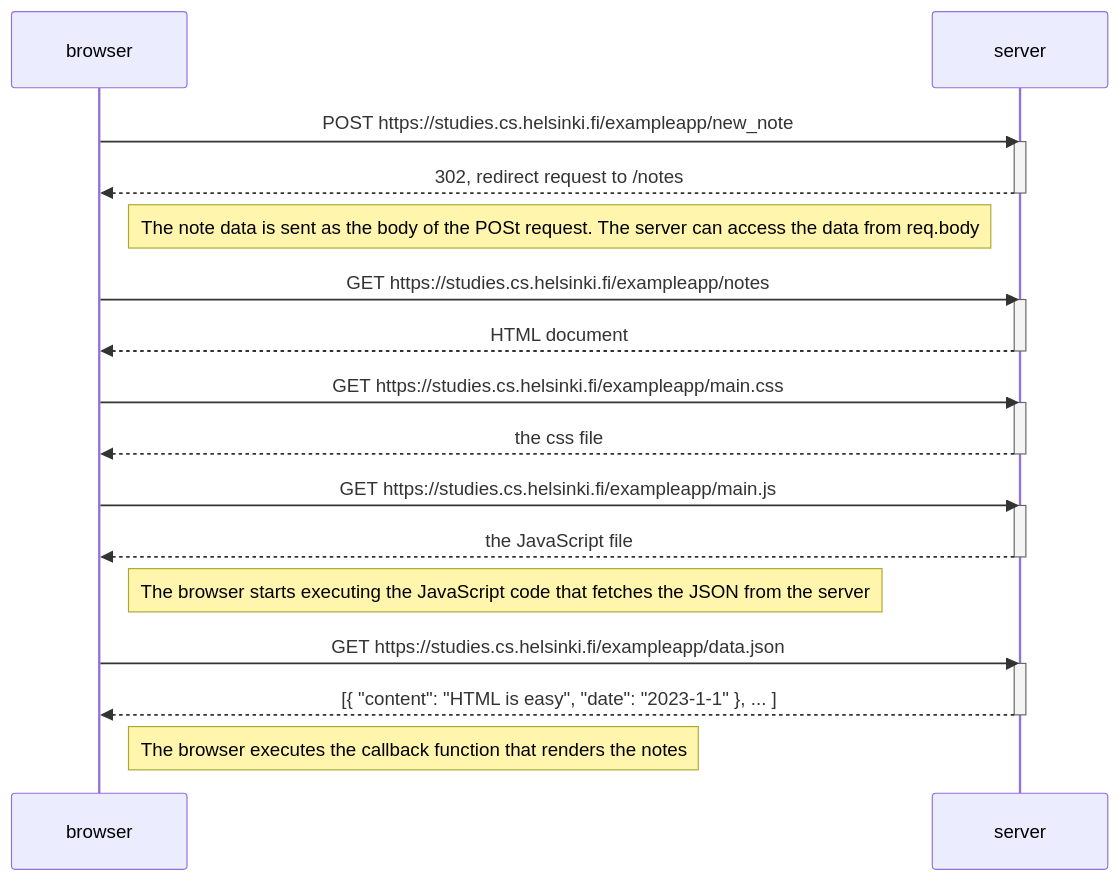
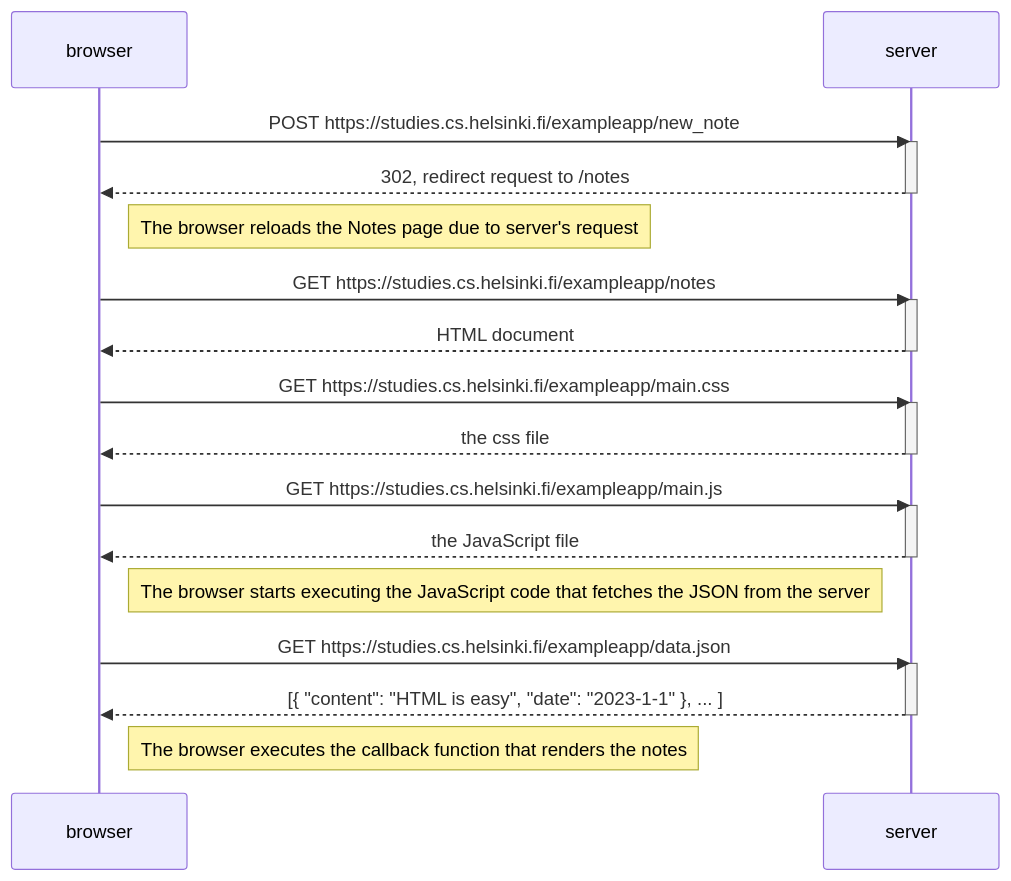
The diagram in part0/0.4-New-note-diagram.md (ilmarioivanen/fullstackopen), drawn with Mermaid before and after one commit.

````diff
--- a/part0/0.4-New-note-diagram.md
+++ b/part0/0.4-New-note-diagram.md
@@ -1,36 +1,36 @@
 ```mermaid
 sequenceDiagram
     participant browser
     participant server
 
     browser->>server: POST https://studies.cs.helsinki.fi/exampleapp/new_note
     activate server
     server-->>browser: 302, redirect request to /notes
     deactivate server
 
-    Note right of browser: The note data is sent as the body of the POSt request. The server can access the data from req.body
+    Note right of browser: The browser reloads the Notes page due to server's request
 
     browser->>server: GET https://studies.cs.helsinki.fi/exampleapp/notes
     activate server
     server-->>browser: HTML document
     deactivate server
 
     browser->>server: GET https://studies.cs.helsinki.fi/exampleapp/main.css
     activate server
     server-->>browser: the css file
     deactivate server
 
     browser->>server: GET https://studies.cs.helsinki.fi/exampleapp/main.js
     activate server
     server-->>browser: the JavaScript file
     deactivate server
 
     Note right of browser: The browser starts executing the JavaScript code that fetches the JSON from the server
 
     browser->>server: GET https://studies.cs.helsinki.fi/exampleapp/data.json
     activate server
     server-->>browser: [{ "content": "HTML is easy", "date": "2023-1-1" }, ... ]
     deactivate server
 
     Note right of browser: The browser executes the callback function that renders the notes
 ```
````
